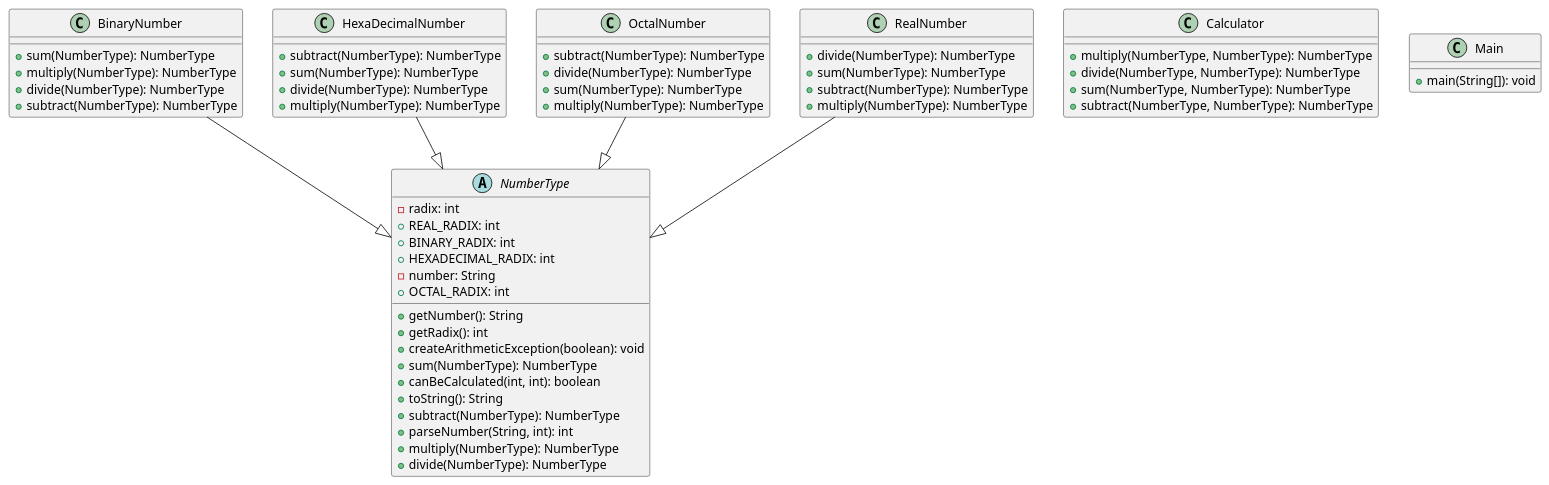
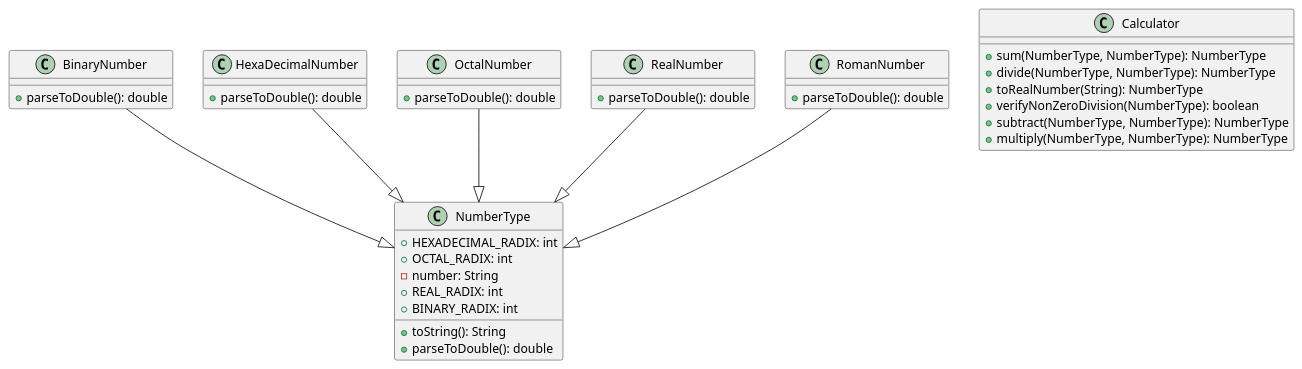
The diagram in src/Calculator.puml (wesdell/calculator_design), drawn with PlantUML before and after one commit.

Commit message:
Update Calculator design

```diff
--- a/src/Calculator.puml
+++ b/src/Calculator.puml
@@ -1,58 +1,40 @@
 @startuml
 class BinaryNumber {
-  + sum(NumberType): NumberType
-  + multiply(NumberType): NumberType
-  + divide(NumberType): NumberType
-  + subtract(NumberType): NumberType
+  + parseToDouble(): double
 }
 class Calculator {
+  + sum(NumberType, NumberType): NumberType
+  + divide(NumberType, NumberType): NumberType
+  + toRealNumber(String): NumberType
+  + verifyNonZeroDivision(NumberType): boolean
+  + subtract(NumberType, NumberType): NumberType
   + multiply(NumberType, NumberType): NumberType
-  + divide(NumberType, NumberType): NumberType
-  + sum(NumberType, NumberType): NumberType
-  + subtract(NumberType, NumberType): NumberType
 }
 class HexaDecimalNumber {
-  + subtract(NumberType): NumberType
-  + sum(NumberType): NumberType
-  + divide(NumberType): NumberType
-  + multiply(NumberType): NumberType
+  + parseToDouble(): double
 }
-class Main {
-  + main(String[]): void
-}
-abstract class NumberType {
-  - radix: int
+class NumberType {
+  + HEXADECIMAL_RADIX: int
+  + OCTAL_RADIX: int
+  - number: String
   + REAL_RADIX: int
   + BINARY_RADIX: int
-  + HEXADECIMAL_RADIX: int
-  - number: String
-  + OCTAL_RADIX: int
-  + getNumber(): String
-  + getRadix(): int
-  + createArithmeticException(boolean): void
-  + sum(NumberType): NumberType
-  + canBeCalculated(int, int): boolean
   + toString(): String
-  + subtract(NumberType): NumberType
-  + parseNumber(String, int): int
-  + multiply(NumberType): NumberType
-  + divide(NumberType): NumberType
+  + parseToDouble(): double
 }
 class OctalNumber {
-  + subtract(NumberType): NumberType
-  + divide(NumberType): NumberType
-  + sum(NumberType): NumberType
-  + multiply(NumberType): NumberType
+  + parseToDouble(): double
 }
 class RealNumber {
-  + divide(NumberType): NumberType
-  + sum(NumberType): NumberType
-  + subtract(NumberType): NumberType
-  + multiply(NumberType): NumberType
+  + parseToDouble(): double
+}
+class RomanNumber {
+  + parseToDouble(): double
 }
 
 BinaryNumber       --|>  NumberType
 HexaDecimalNumber  --|>  NumberType
 OctalNumber        --|>  NumberType
 RealNumber         --|>  NumberType
+RomanNumber        --|>  NumberType
 @enduml
```
